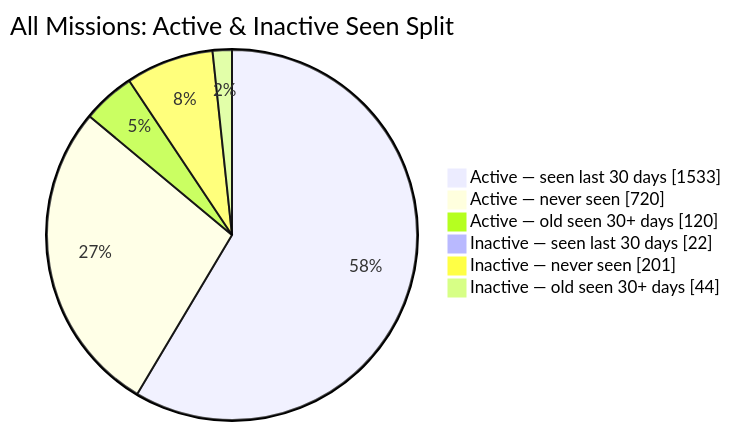
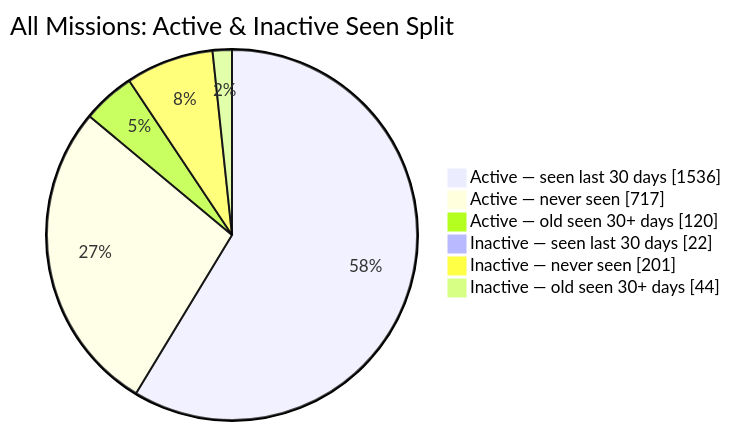
The second of 2 diagrams in README.md (MeldkamerspelGameTeam/active-missions), drawn with Mermaid before and after one commit. The commit also changed other lines of this file and 2 other files, not shown here.

````diff
--- a/README.md
+++ b/README.md
@@ -44,10 +44,10 @@
 ```mermaid
 pie showData
     title All Missions: Active & Inactive Seen Split
-    "Active — seen last 30 days" : 1533
-    "Active — never seen" : 720
+    "Active — seen last 30 days" : 1536
+    "Active — never seen" : 717
     "Active — old seen 30+ days" : 120
     "Inactive — seen last 30 days" : 22
     "Inactive — never seen" : 201
     "Inactive — old seen 30+ days" : 44
 ```
````
